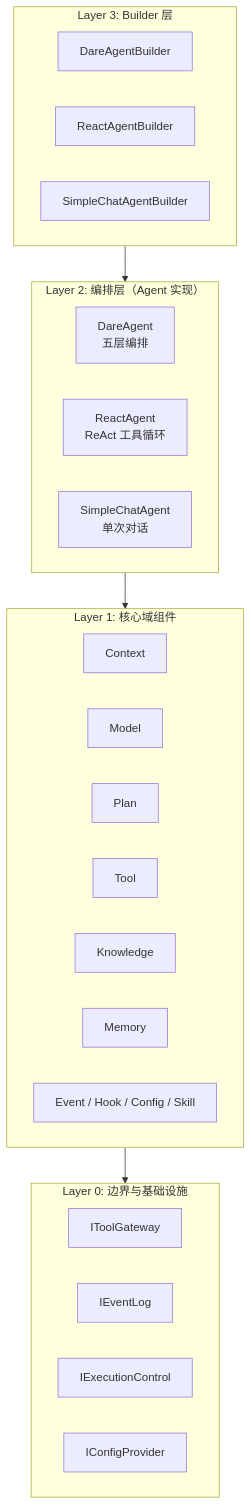
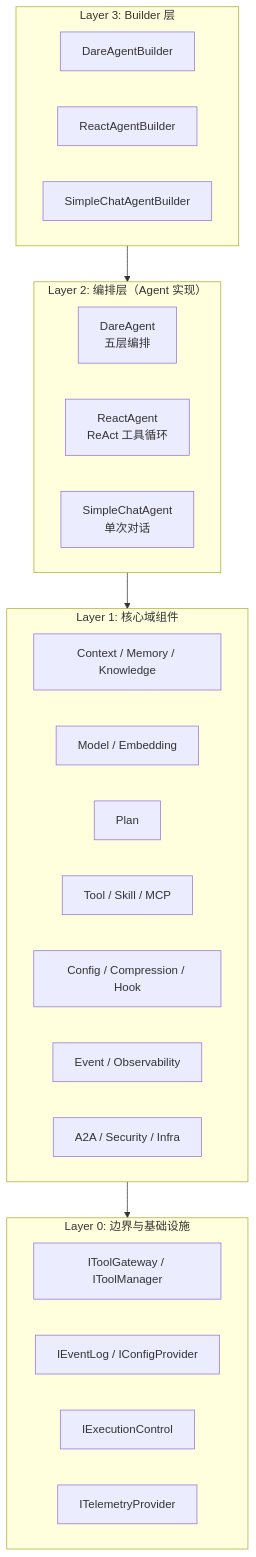
Before and after one commit to clowder-labs/Deterministic-Agent-Runtime-Engine: the first of 13 diagrams in docs/DARE_FRAMEWORK_DESIGN.md, drawn with Mermaid. The commit also changed other lines of this file, not shown here.

````diff
--- a/docs/DARE_FRAMEWORK_DESIGN.md
+++ b/docs/DARE_FRAMEWORK_DESIGN.md
@@ -15,35 +15,35 @@
 ```mermaid
 flowchart TB
     subgraph L3["Layer 3: Builder 层"]
         B1["DareAgentBuilder"]
         B2["ReactAgentBuilder"]
         B3["SimpleChatAgentBuilder"]
     end
 
     subgraph L2["Layer 2: 编排层（Agent 实现）"]
         A1["DareAgent<br/>五层编排"]
         A2["ReactAgent<br/>ReAct 工具循环"]
         A3["SimpleChatAgent<br/>单次对话"]
     end
 
     subgraph L1["Layer 1: 核心域组件"]
-        C1["Context"]
-        C2["Model"]
+        C1["Context / Memory / Knowledge"]
+        C2["Model / Embedding"]
         C3["Plan"]
-        C4["Tool"]
-        C5["Knowledge"]
-        C6["Memory"]
-        C7["Event / Hook / Config / Skill"]
+        C4["Tool / Skill / MCP"]
+        C5["Config / Compression / Hook"]
+        C6["Event / Observability"]
+        C7["A2A / Security / Infra"]
     end
 
     subgraph L0["Layer 0: 边界与基础设施"]
-        I1["IToolGateway"]
-        I2["IEventLog"]
+        I1["IToolGateway / IToolManager"]
+        I2["IEventLog / IConfigProvider"]
         I3["IExecutionControl"]
-        I4["IConfigProvider"]
+        I4["ITelemetryProvider"]
     end
 
     L3 --> L2
     L2 --> L1
     L1 --> L0
 ```
````
